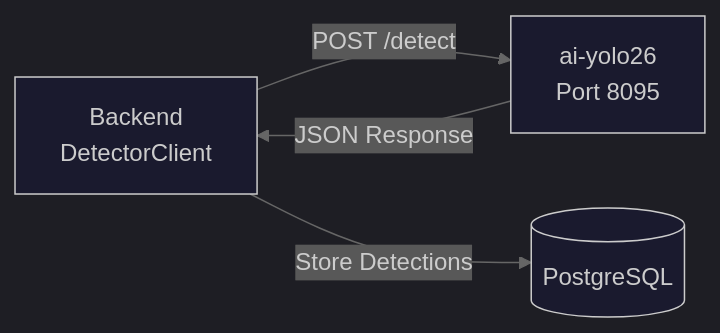
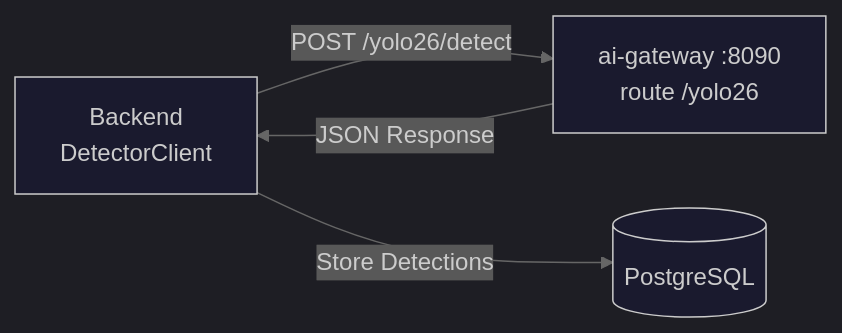
One commit to mikesvoboda/nemotron-v3-home-security-intelligence changed the first of 2 diagrams in docs/architecture/ai-orchestration/yolo26-client.md. Above: the diagram before and after it, drawn with Mermaid. The commit also changed other lines of this file and 313 other files, not shown here.

````diff
--- a/docs/architecture/ai-orchestration/yolo26-client.md
+++ b/docs/architecture/ai-orchestration/yolo26-client.md
@@ -13,23 +17,23 @@
 ```mermaid
 %%{init: {
   'theme': 'dark',
   'themeVariables': {
     'primaryColor': '#3B82F6',
     'primaryTextColor': '#FFFFFF',
     'primaryBorderColor': '#60A5FA',
     'secondaryColor': '#A855F7',
     'tertiaryColor': '#009688',
     'background': '#121212',
     'mainBkg': '#1a1a2e',
     'lineColor': '#666666'
   }
 }}%%
 flowchart LR
     BE["Backend<br/>DetectorClient"]
-    Y26["ai-yolo26<br/>Port 8095"]
+    Y26["ai-gateway :8090<br/>route /yolo26"]
     DB[(PostgreSQL)]
 
-    BE -->|POST /detect| Y26
+    BE -->|POST /yolo26/detect| Y26
     Y26 -->|JSON Response| BE
     BE -->|Store Detections| DB
 ```
````
